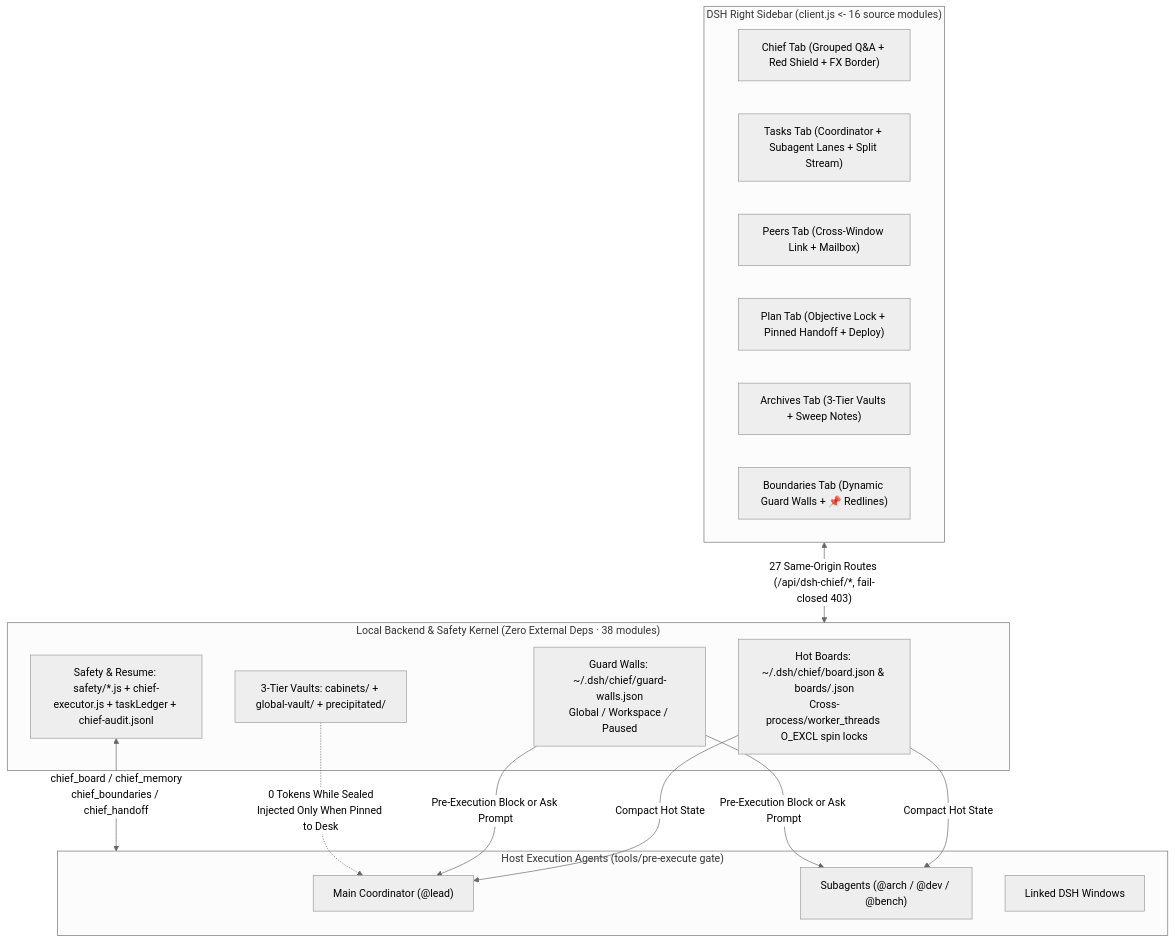
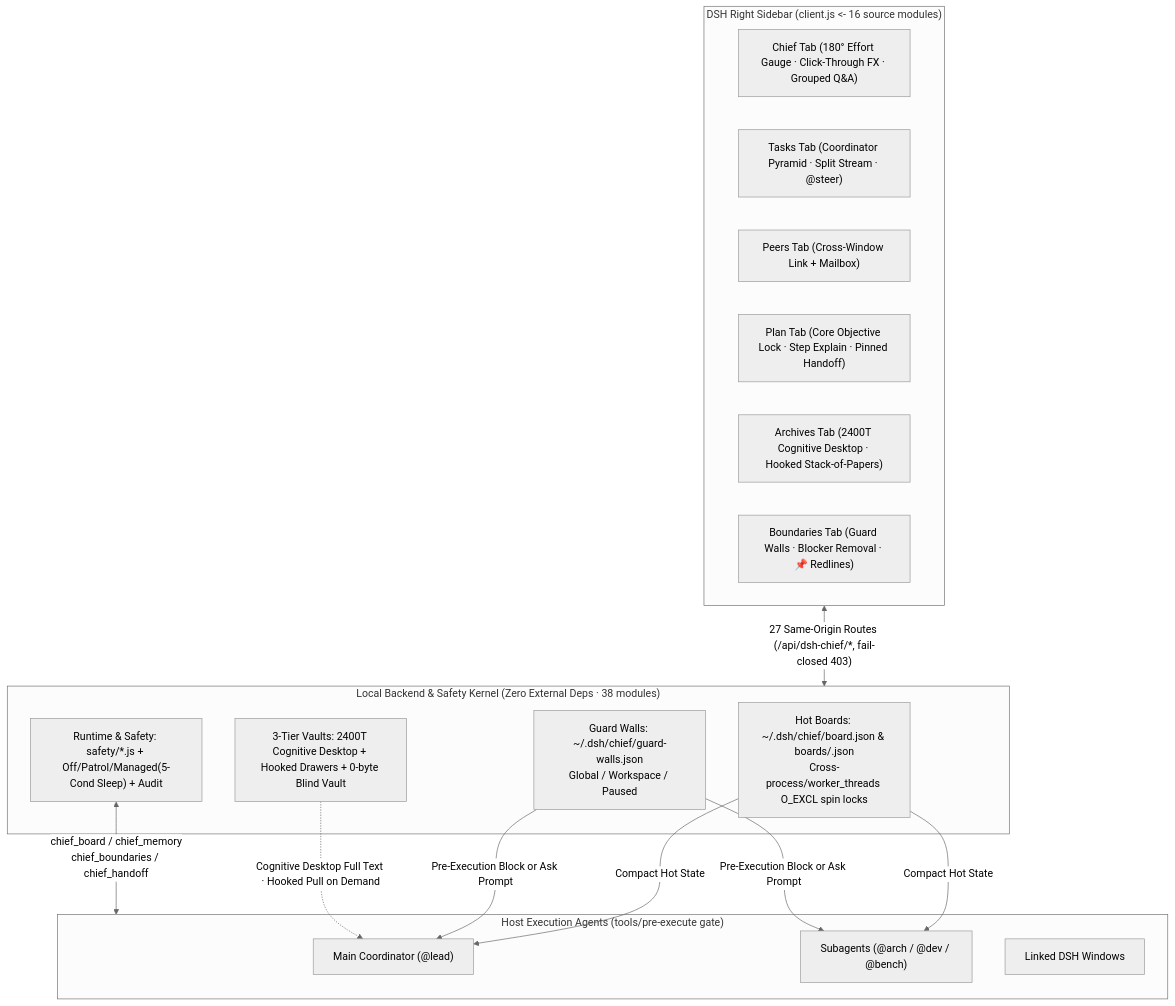
The diagram in README.en.md (gluztm/dsh-chief), drawn with Mermaid (neutral theme) before and after one commit. The commit also changed other lines of this file and 41 other files, not shown here.

Commit message:
release: v1.5.0 cognitive desktop, orthogonal run modes, fan gauge & click-through fx

````diff
--- a/README.en.md
+++ b/README.en.md
@@ -159,32 +169,32 @@
 ```mermaid
 flowchart TB
   subgraph UI["DSH Right Sidebar (client.js <- 16 source modules)"]
-    T1["Chief Tab (Grouped Q&A + Red Shield + FX Border)"]
-    T2["Tasks Tab (Coordinator + Subagent Lanes + Split Stream)"]
+    T1["Chief Tab (180° Effort Gauge · Click-Through FX · Grouped Q&A)"]
+    T2["Tasks Tab (Coordinator Pyramid · Split Stream · @steer)"]
     T3["Peers Tab (Cross-Window Link + Mailbox)"]
-    T4["Plan Tab (Objective Lock + Pinned Handoff + Deploy)"]
-    T5["Archives Tab (3-Tier Vaults + Sweep Notes)"]
-    T6["Boundaries Tab (Dynamic Guard Walls + 📌 Redlines)"]
+    T4["Plan Tab (Core Objective Lock · Step Explain · Pinned Handoff)"]
+    T5["Archives Tab (2400T Cognitive Desktop · Hooked Stack-of-Papers)"]
+    T6["Boundaries Tab (Guard Walls · Blocker Removal · 📌 Redlines)"]
   end
 
   subgraph Core["Local Backend & Safety Kernel (Zero External Deps · 38 modules)"]
     Hot["Hot Boards: ~/.dsh/chief/board.json & boards/<sid>.json\nCross-process/worker_threads O_EXCL spin locks"]
     Walls["Guard Walls: ~/.dsh/chief/guard-walls.json\nGlobal / Workspace / Paused"]
-    Cold["3-Tier Vaults: cabinets/ + global-vault/ + precipitated/"]
-    Bus["Safety & Resume: safety/*.js + chief-executor.js + taskLedger + chief-audit.jsonl"]
+    Cold["3-Tier Vaults: 2400T Cognitive Desktop + Hooked Drawers + 0-byte Blind Vault"]
+    Bus["Runtime & Safety: safety/*.js + Off/Patrol/Managed(5-Cond Sleep) + Audit"]
   end
 
   subgraph Agents["Host Execution Agents (tools/pre-execute gate)"]
     Lead["Main Coordinator (@lead)"]
     Subs["Subagents (@arch / @dev / @bench)"]
     Peers["Linked DSH Windows"]
   end
 
   UI <-->|"27 Same-Origin Routes (/api/dsh-chief/*, fail-closed 403)"| Core
   Hot -->|"Compact Hot State"| Lead
   Hot -->|"Compact Hot State"| Subs
   Walls -->|"Pre-Execution Block or Ask Prompt"| Lead
   Walls -->|"Pre-Execution Block or Ask Prompt"| Subs
-  Cold -.->|"0 Tokens While Sealed\nInjected Only When Pinned to Desk"| Lead
+  Cold -.->|"Cognitive Desktop Full Text · Hooked Pull on Demand"| Lead
   Bus <-->|"chief_board / chief_memory\nchief_boundaries / chief_handoff"| Agents
 ```
````
